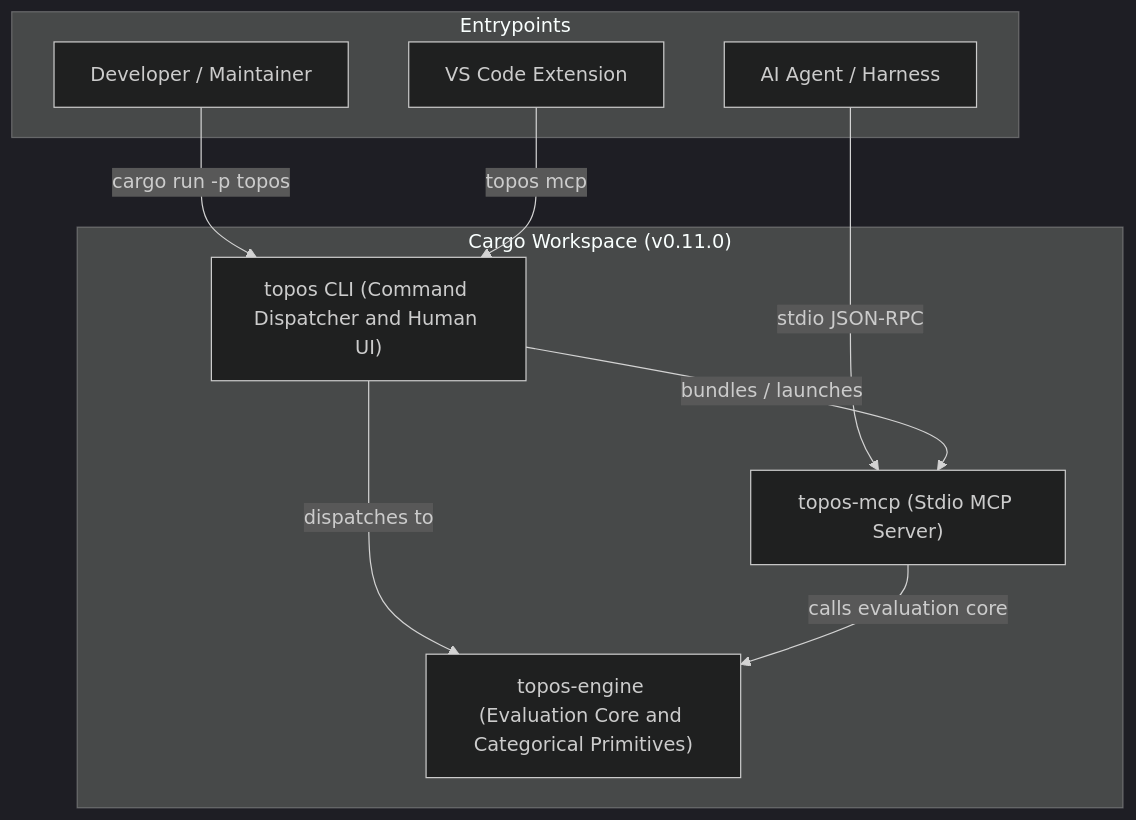
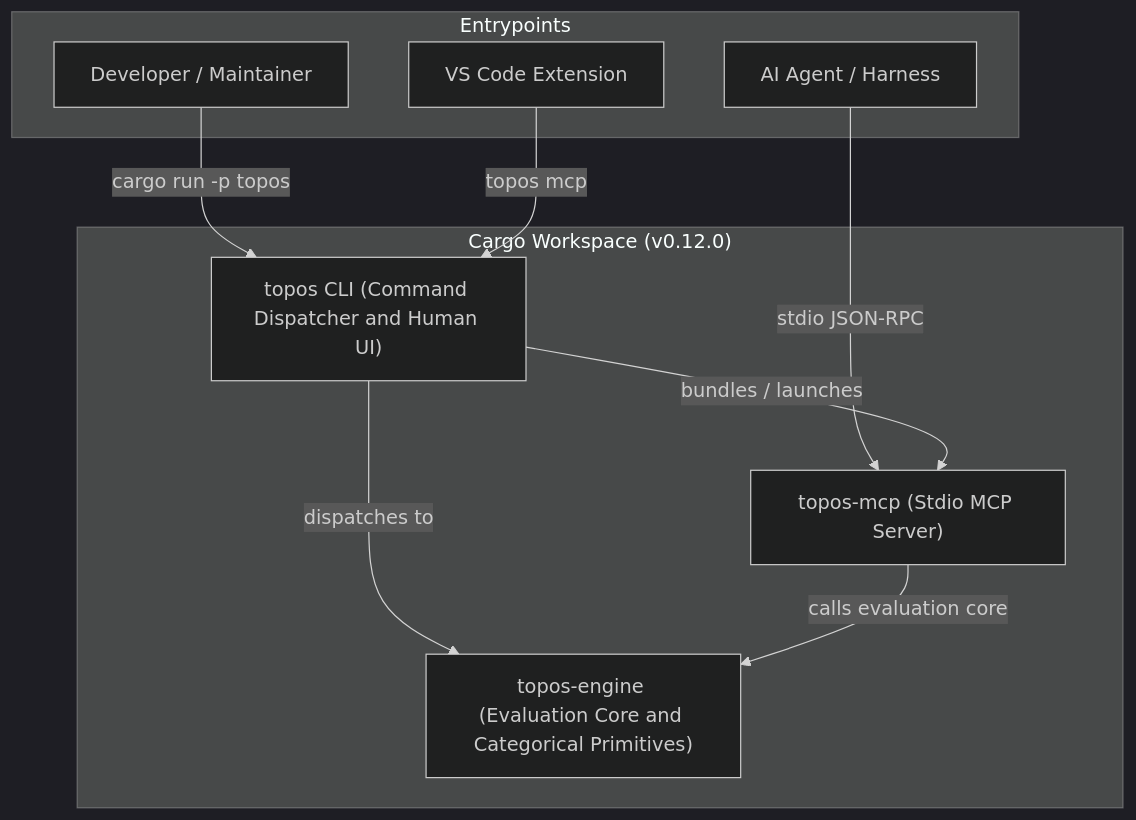
The diagram in openwiki/quickstart.md (Krv-Labs/topos), drawn with Mermaid (dark theme) before and after one commit. The commit also changed other lines of this file and 13 other files, not shown here.

````diff
--- a/openwiki/quickstart.md
+++ b/openwiki/quickstart.md
@@ -49,21 +49,21 @@
 ```mermaid
 flowchart TD
-    subgraph Workspace ["Cargo Workspace (v0.11.0)"]
+    subgraph Workspace ["Cargo Workspace (v0.12.0)"]
         Engine["topos-engine (Evaluation Core and Categorical Primitives)"]
         CLI["topos CLI (Command Dispatcher and Human UI)"]
         MCP["topos-mcp (Stdio MCP Server)"]
     end
 
     subgraph Entrypoints
         Developer["Developer / Maintainer"]
         Agent["AI Agent / Harness"]
         VSCode["VS Code Extension"]
     end
 
     Developer -->|cargo run -p topos| CLI
     Agent -->|stdio JSON-RPC| MCP
     VSCode -->|topos mcp| CLI
     CLI -->|bundles / launches| MCP
     CLI -->|dispatches to| Engine
     MCP -->|calls evaluation core| Engine
 ```
````
